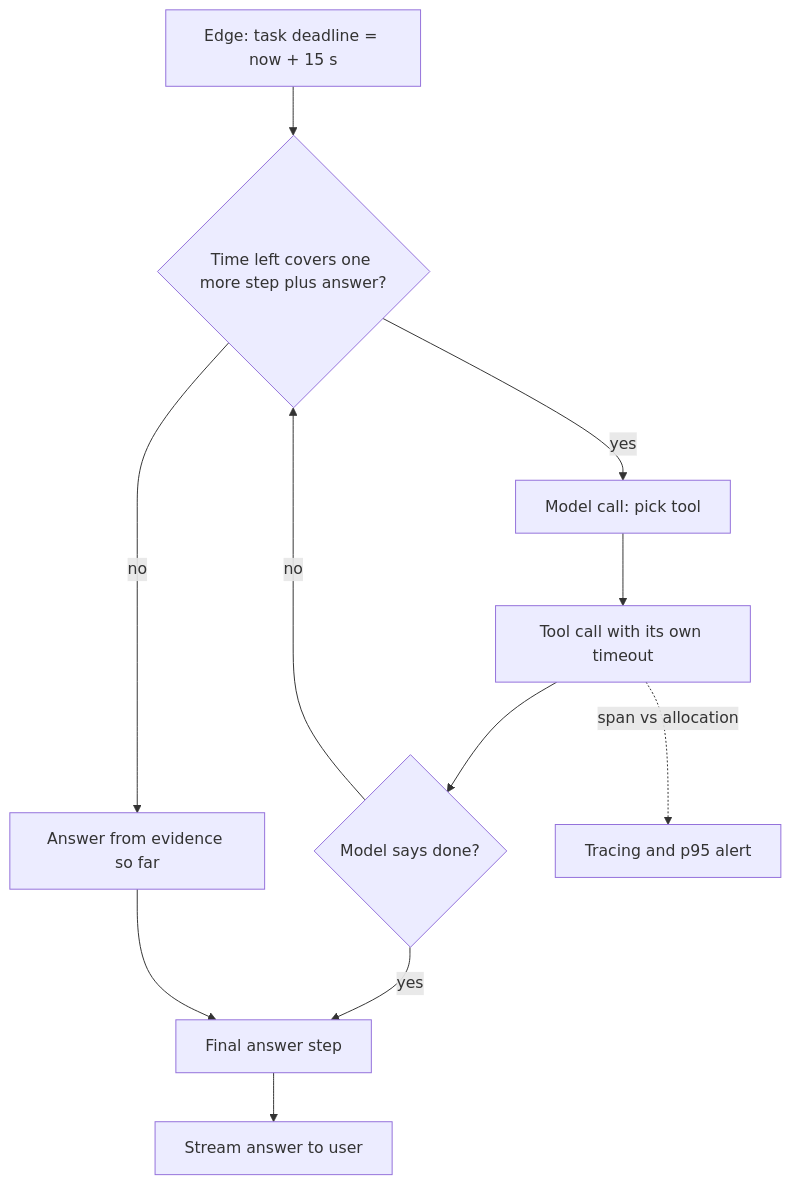
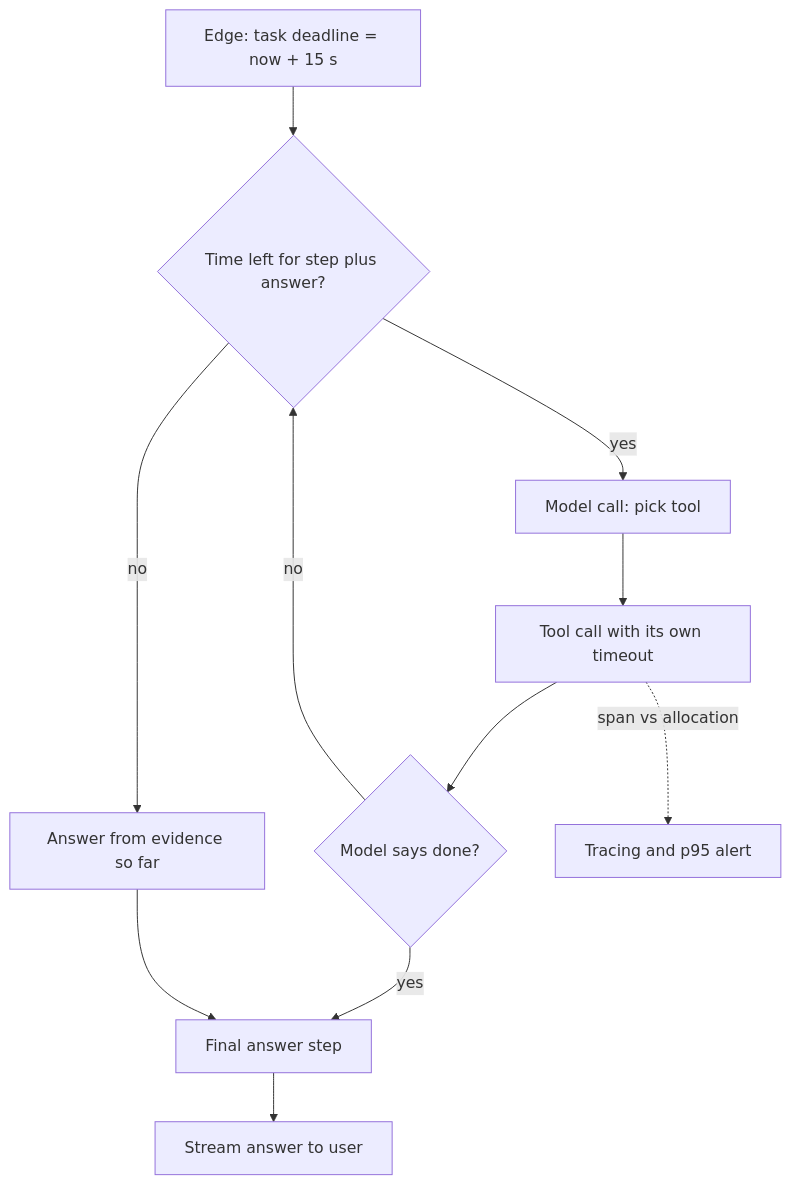
One commit to lovishmahajan97/agentic-learning changed the diagram in content/infra-capacity-economics/latency-budgets.md. Above: the diagram before and after it, drawn with Mermaid. The commit also changed other lines of this file and 454 other files, not shown here.

````diff
--- a/content/infra-capacity-economics/latency-budgets.md
+++ b/content/infra-capacity-economics/latency-budgets.md
@@ -129,13 +129,13 @@
 ```mermaid
 flowchart TD
-    E["Edge: task deadline = now + 15 s"] --> L{"Time left covers one more step plus answer?"}
+    E["Edge: task deadline = now + 15 s"] --> L{"Time left for step plus answer?"}
     L -->|"yes"| M["Model call: pick tool"]
     M --> T["Tool call with its own timeout"]
     T --> D{"Model says done?"}
     D -->|"no"| L
     D -->|"yes"| A["Final answer step"]
     L -->|"no"| P["Answer from evidence so far"]
     P --> A
     A --> U["Stream answer to user"]
     T -.->|"span vs allocation"| O["Tracing and p95 alert"]
 ```
````
